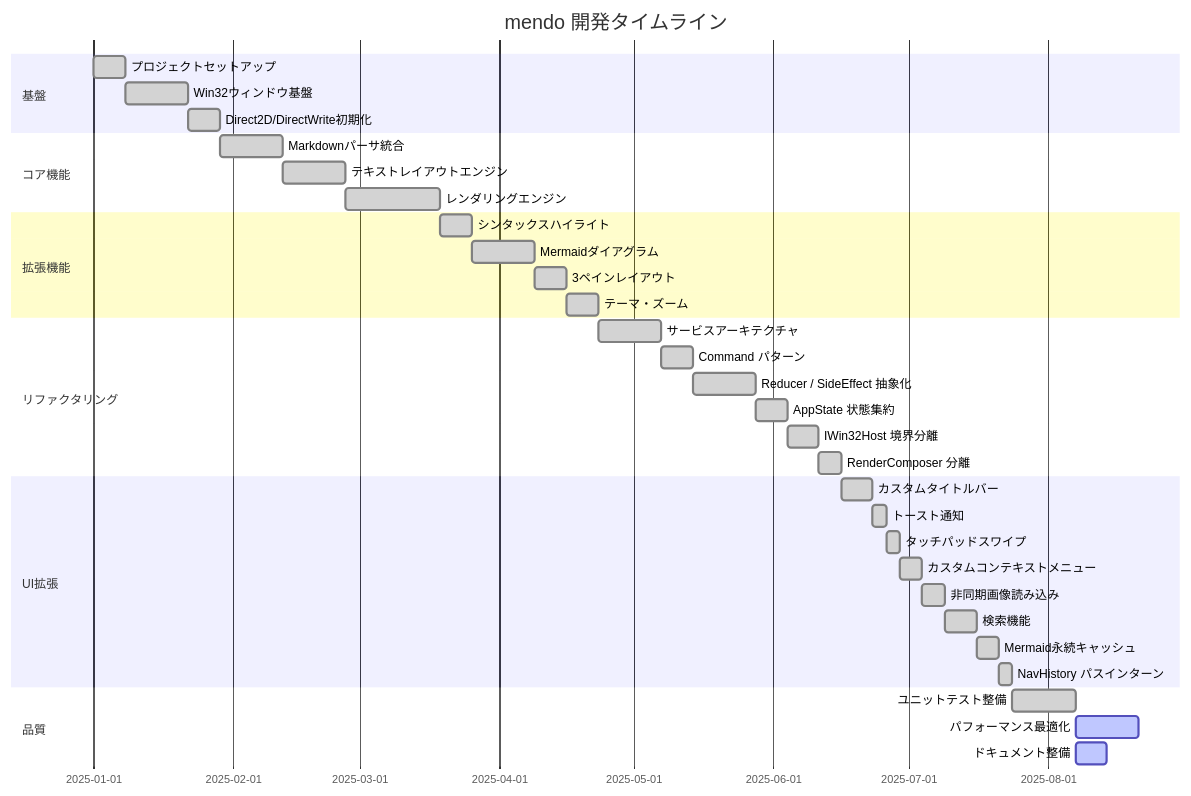
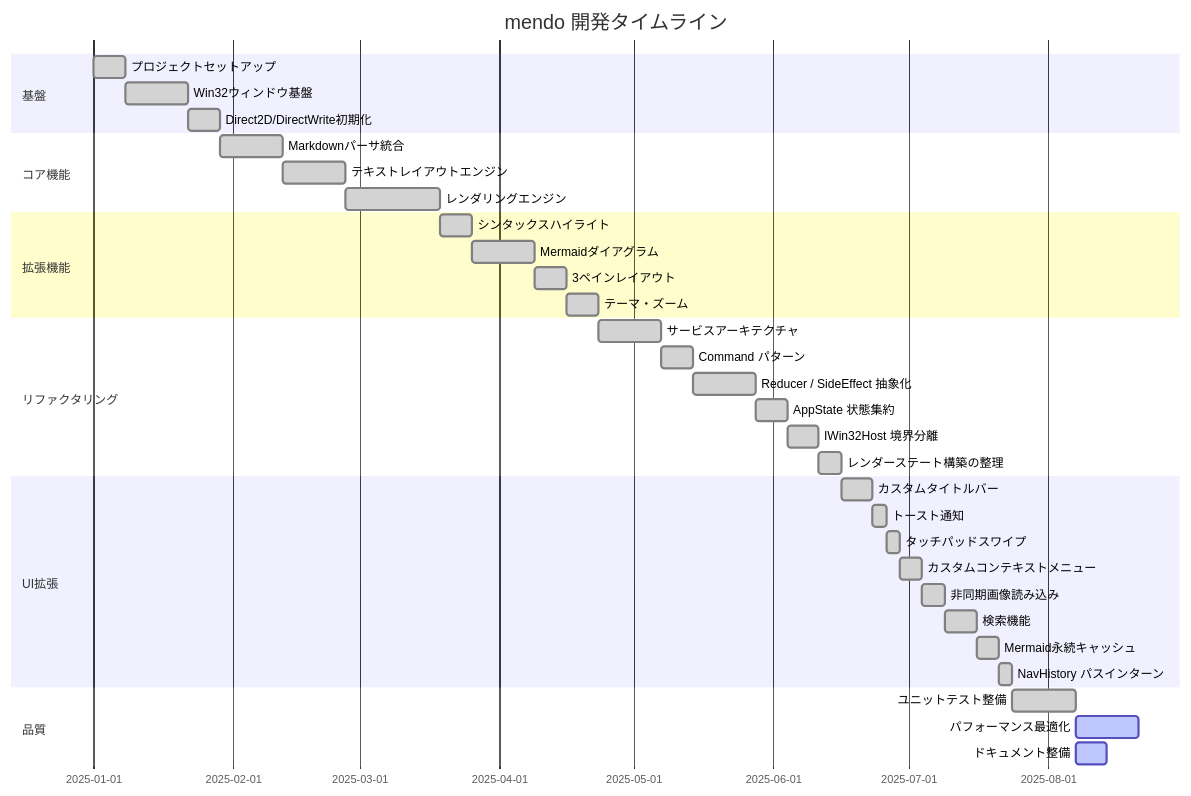
Diagram 27 of 27 in example/test.md (tanaton/mendo), drawn with Mermaid before and after one commit. The commit also changed other lines of this file, not shown here.

````diff
--- a/example/test.md
+++ b/example/test.md
@@ -4335,43 +4312,43 @@
 ```mermaid
 gantt
     title mendo 開発タイムライン
     dateFormat  YYYY-MM-DD
     section 基盤
     プロジェクトセットアップ      :done, a1, 2025-01-01, 7d
     Win32ウィンドウ基盤           :done, a2, after a1, 14d
     Direct2D/DirectWrite初期化    :done, a3, after a2, 7d
 
     section コア機能
     Markdownパーサ統合            :done, b1, after a3, 14d
     テキストレイアウトエンジン    :done, b2, after b1, 14d
     レンダリングエンジン          :done, b3, after b2, 21d
 
     section 拡張機能
     シンタックスハイライト        :done, c1, after b3, 7d
     Mermaidダイアグラム           :done, c2, after c1, 14d
     3ペインレイアウト             :done, c3, after c2, 7d
     テーマ・ズーム                :done, c4, after c3, 7d
 
     section リファクタリング
     サービスアーキテクチャ        :done, e1, after c4, 14d
     Command パターン              :done, e2, after e1, 7d
     Reducer / SideEffect 抽象化   :done, e3, after e2, 14d
     AppState 状態集約             :done, e4, after e3, 7d
     IWin32Host 境界分離           :done, e5, after e4, 7d
-    RenderComposer 分離           :done, e6, after e5, 5d
+    レンダーステート構築の整理    :done, e6, after e5, 5d
 
     section UI拡張
     カスタムタイトルバー          :done, f1, after e6, 7d
     トースト通知                  :done, f2, after f1, 3d
     タッチパッドスワイプ          :done, f3, after f2, 3d
     カスタムコンテキストメニュー  :done, f4, after f3, 5d
     非同期画像読み込み            :done, f5, after f4, 5d
     検索機能                      :done, f6, after f5, 7d
     Mermaid永続キャッシュ         :done, f7, after f6, 5d
     NavHistory パスインターン     :done, f8, after f7, 3d
 
     section 品質
     ユニットテスト整備            :done, d1, after f8, 14d
     パフォーマンス最適化          :active, d2, after d1, 14d
     ドキュメント整備              :active, d3, after d1, 7d
 ```
````
